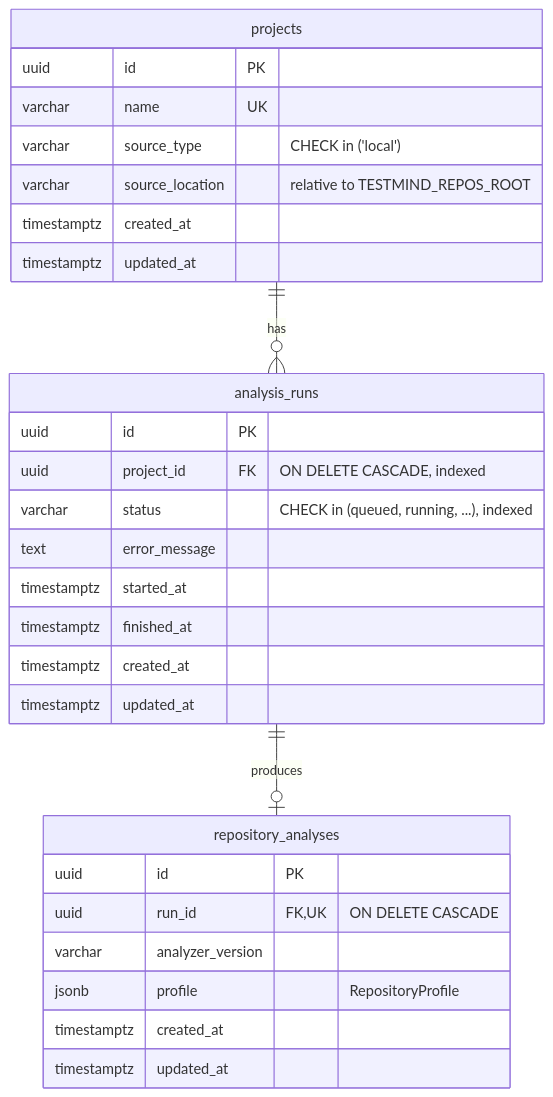
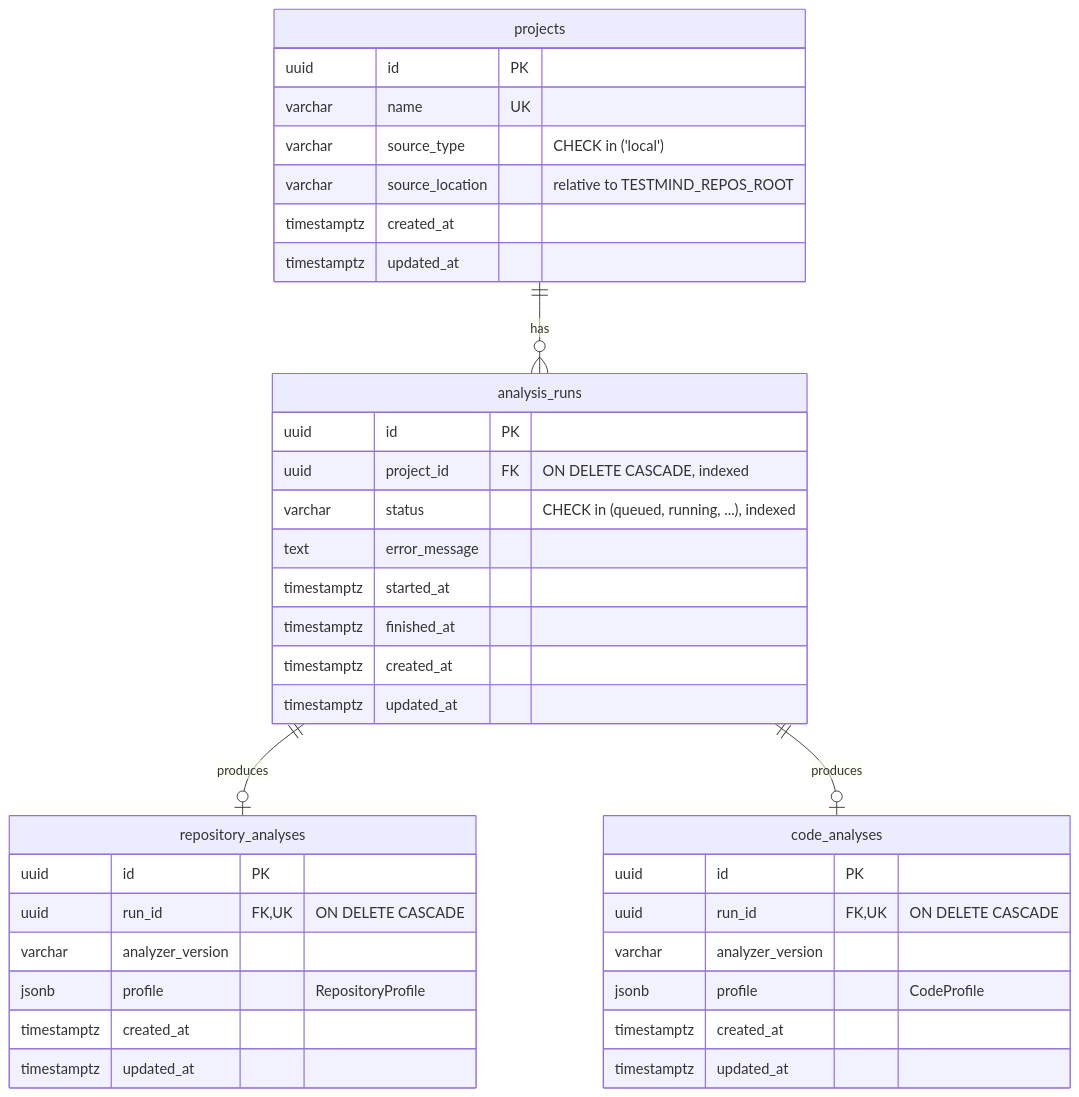
Before and after one commit to AAli-gh/AI-Powered-Software-Testing-Platform: the fourth of 4 diagrams in docs/architecture.md, drawn with Mermaid. The commit also changed other lines of this file and 43 other files, not shown here.

First line of the commit message:
Phase 3: deterministic code analyzer

````diff
--- a/docs/architecture.md
+++ b/docs/architecture.md
@@ -127,31 +127,40 @@
 ```mermaid
 erDiagram
     projects ||--o{ analysis_runs : has
     analysis_runs ||--o| repository_analyses : produces
+    analysis_runs ||--o| code_analyses : produces
     projects {
         uuid id PK
         varchar name UK
         varchar source_type "CHECK in ('local')"
         varchar source_location "relative to TESTMIND_REPOS_ROOT"
         timestamptz created_at
         timestamptz updated_at
     }
     analysis_runs {
         uuid id PK
         uuid project_id FK "ON DELETE CASCADE, indexed"
         varchar status "CHECK in (queued, running, ...), indexed"
         text error_message
         timestamptz started_at
         timestamptz finished_at
         timestamptz created_at
         timestamptz updated_at
     }
     repository_analyses {
         uuid id PK
         uuid run_id FK,UK "ON DELETE CASCADE"
         varchar analyzer_version
         jsonb profile "RepositoryProfile"
         timestamptz created_at
         timestamptz updated_at
     }
+    code_analyses {
+        uuid id PK
+        uuid run_id FK,UK "ON DELETE CASCADE"
+        varchar analyzer_version
+        jsonb profile "CodeProfile"
+        timestamptz created_at
+        timestamptz updated_at
+    }
 ```
````
